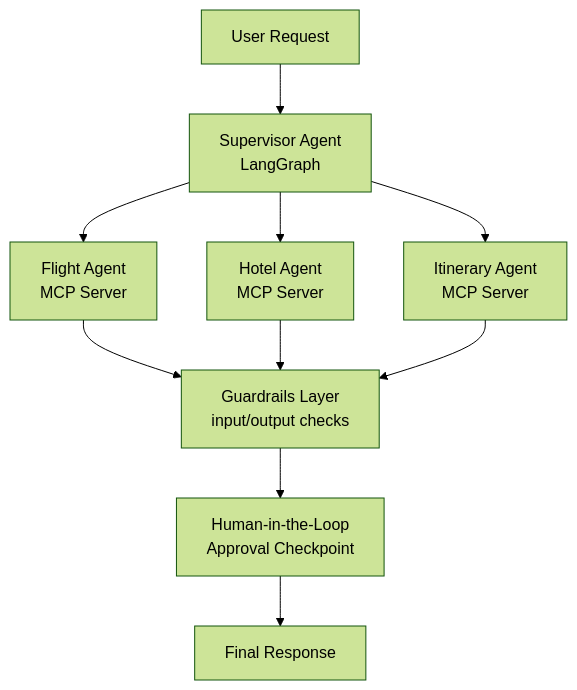
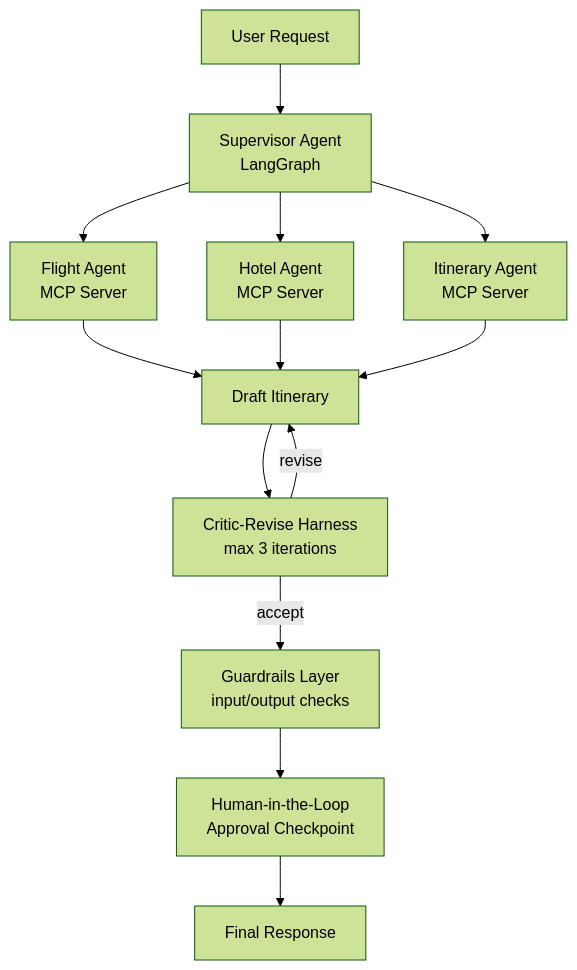
Before and after one commit to rj1230/TripPlot-AI: the diagram in README.md, drawn with Mermaid (forest theme). The commit also changed other lines of this file, not shown here.

````diff
--- a/README.md
+++ b/README.md
@@ -21,12 +22,15 @@
 ```mermaid
 flowchart TD
     A[User Request] --> B[Supervisor Agent<br/>LangGraph]
     B --> C[Flight Agent<br/>MCP Server]
     B --> D[Hotel Agent<br/>MCP Server]
     B --> E[Itinerary Agent<br/>MCP Server]
-    C --> F[Guardrails Layer<br/>input/output checks]
+    C --> F[Draft Itinerary]
     D --> F
     E --> F
-    F --> G[Human-in-the-Loop<br/>Approval Checkpoint]
-    G --> H[Final Response]
+    F --> R[Critic-Revise Harness<br/>max 3 iterations]
+    R -->|revise| F
+    R -->|accept| G[Guardrails Layer<br/>input/output checks]
+    G --> H[Human-in-the-Loop<br/>Approval Checkpoint]
+    H --> I[Final Response]
 ```
````
